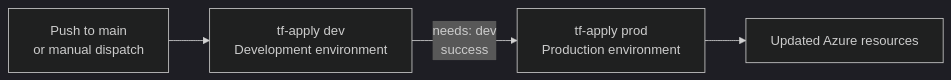
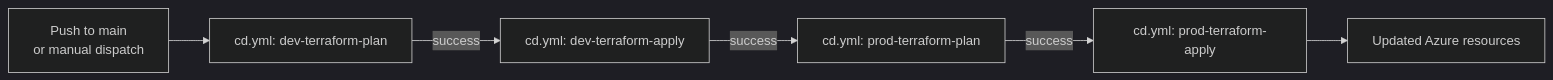
The third of 5 diagrams in docs/release-flow.md (MetehanBolat/GH-DevSecOps), drawn with Mermaid (dark theme) before and after one commit. The commit also changed other lines of this file and 4 other files, not shown here.

````diff
--- a/docs/release-flow.md
+++ b/docs/release-flow.md
@@ -72,6 +67,8 @@
 ```mermaid
 flowchart LR
-    PUSH["Push to main<br/>or manual dispatch"] --> DEV["tf-apply dev<br/>Development environment"]
-    DEV -->|needs: dev<br/>success| PROD["tf-apply prod<br/>Production environment"]
-    PROD --> RES["Updated Azure resources"]
+    PUSH["Push to main<br/>or manual dispatch"] --> DEV_PLAN["cd.yml: dev-terraform-plan"]
+    DEV_PLAN -->|success| DEV_APPLY["cd.yml: dev-terraform-apply"]
+    DEV_APPLY -->|success| PROD_PLAN["cd.yml: prod-terraform-plan"]
+    PROD_PLAN -->|success| PROD_APPLY["cd.yml: prod-terraform-apply"]
+    PROD_APPLY --> RES["Updated Azure resources"]
 ```
````
